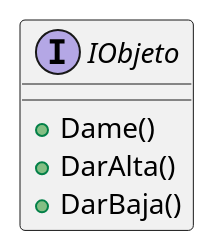
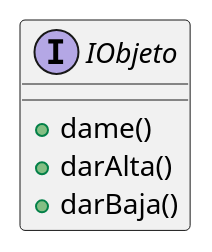
Before and after one commit to ZMGestion/DocumentacionZMGestion: the diagram in DiagramaClases/Metaclases/IObjeto.puml, drawn with PlantUML. The commit also changed 49 other files, not shown here.

Commit message:
Nuevo metodos diagrama de clases

```diff
--- a/DiagramaClases/Metaclases/IObjeto.puml
+++ b/DiagramaClases/Metaclases/IObjeto.puml
@@ -1,7 +1,7 @@
 @startuml IObjeto
 interface IObjeto{
-    +Dame()
-    +DarAlta()
-    +DarBaja()
+    +dame()
+    +darAlta()
+    +darBaja()
 }
 @enduml
```
